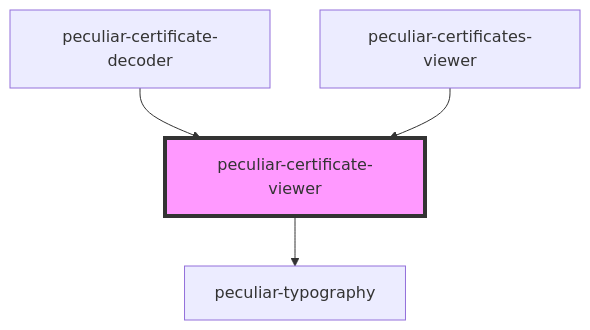
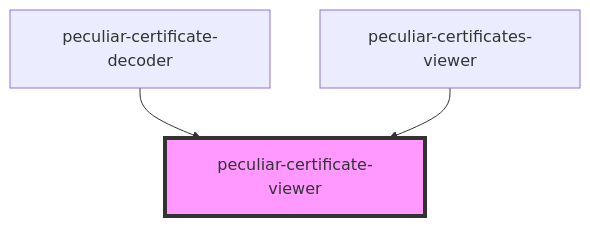
One commit to PeculiarVentures/pv-certificates-viewer changed the diagram in packages/webcomponents/src/components/certificate-viewer/readme.md. Above: the diagram before and after it, drawn with Mermaid. The commit also changed other lines of this file and 100 other files, not shown here.

````diff
--- a/packages/webcomponents/src/components/certificate-viewer/readme.md
+++ b/packages/webcomponents/src/components/certificate-viewer/readme.md
@@ -34,7 +30,6 @@
 ```mermaid
 graph TD;
-  peculiar-certificate-viewer --> peculiar-typography
   peculiar-certificate-decoder --> peculiar-certificate-viewer
   peculiar-certificates-viewer --> peculiar-certificate-viewer
   style peculiar-certificate-viewer fill:#f9f,stroke:#333,stroke-width:4px
 ```
````
